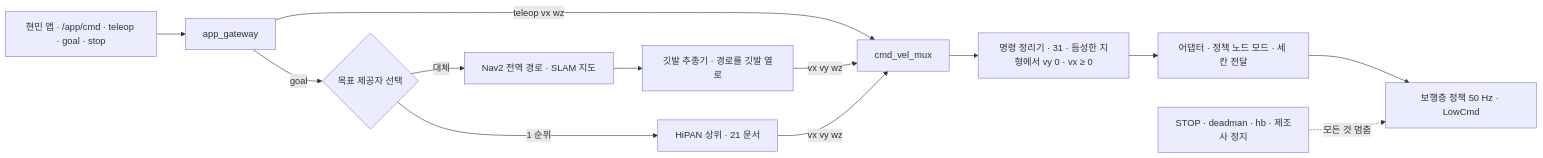
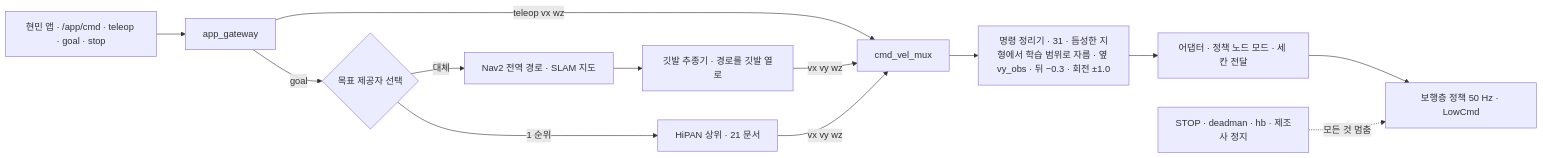
The diagram in inbox/jay/20261019-design/23-NAV2-FALLBACK.md (foothold-project/foothold-lab), drawn with Mermaid before and after one commit. The commit also changed other lines of this file and 23 other files, not shown here.

````diff
--- a/inbox/jay/20261019-design/23-NAV2-FALLBACK.md
+++ b/inbox/jay/20261019-design/23-NAV2-FALLBACK.md
@@ -15,15 +15,15 @@
 ```mermaid
 flowchart LR
   APP[현민 앱 · /app/cmd · teleop · goal · stop] --> GW[app_gateway]
   GW -- teleop vx wz --> MUX[cmd_vel_mux]
   GW -- goal --> SEL{목표 제공자 선택}
   SEL -- 1 순위 --> HIPAN[HiPAN 상위 · 21 문서]
   SEL -- 대체 --> NAV2[Nav2 전역 경로 · SLAM 지도]
   NAV2 --> FF[깃발 추종기 · 경로를 깃발 열로]
   FF -- vx vy wz --> MUX
   HIPAN -- vx vy wz --> MUX
-  MUX --> CLEAN[명령 정리기 · 31 · 듬성한 지형에서 vy 0 · vx ≥ 0]
+  MUX --> CLEAN[명령 정리기 · 31 · 듬성한 지형에서 학습 범위로 자름 · 옆 vy_obs · 뒤 −0.3 · 회전 ±1.0]
   CLEAN --> ADP[어댑터 · 정책 노드 모드 · 세 칸 전달]
   ADP --> POL[보행층 정책 50 Hz · LowCmd]
   STOP[STOP · deadman · hb · 제조사 정지] -.모든 것 멈춤.-> POL
 ```
````
